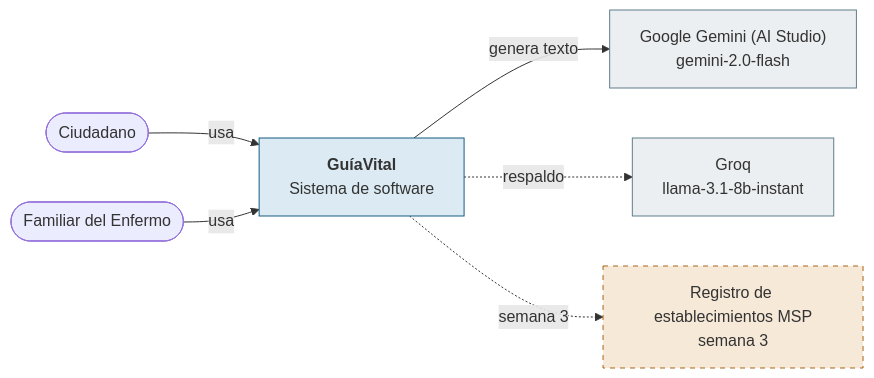
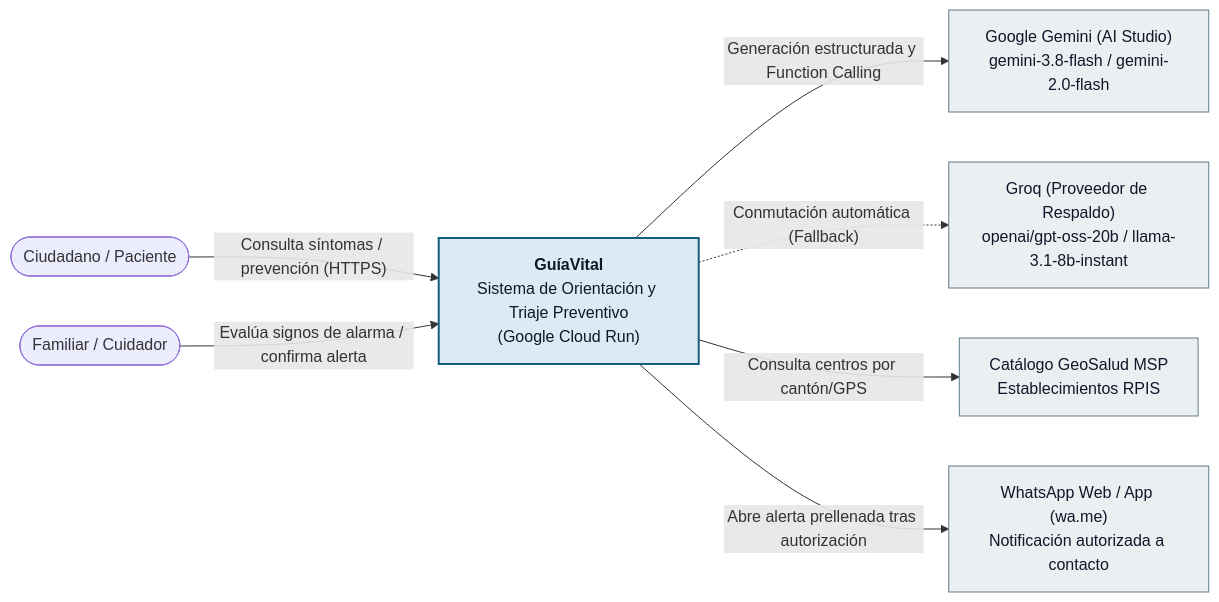
The first of 4 diagrams in docs/03-arquitectura.md (UNIPI6TO/PROY_GRADUACION_ASISTENTE_MEDICO_APP), drawn with Mermaid before and after one commit. The commit also changed other lines of this file and 9 other files, not shown here.

````diff
--- a/docs/03-arquitectura.md
+++ b/docs/03-arquitectura.md
@@ -22,20 +30,22 @@
 ```mermaid
 flowchart LR
-  U0(["Ciudadano"])
-  U1(["Familiar del Enfermo"])
-  SYS["<b>GuíaVital</b><br/>Sistema de software"]
-  P1["Google Gemini (AI Studio)<br/>gemini-2.0-flash"]
-  P2["Groq<br/>llama-3.1-8b-instant"]
-  E0["Registro de establecimientos MSP<br/>semana 3"]
-  U0 -- usa --> SYS
-  U1 -- usa --> SYS
-  SYS -- "genera texto" --> P1
-  SYS -. "respaldo" .-> P2
-  SYS -. "semana 3" .-> E0
-  classDef ext fill:#eceff1,stroke:#607d8b
-  classDef sys fill:#dcebf3,stroke:#145c80
-  classDef fut fill:#f6e9d8,stroke:#a8641a,stroke-dasharray:5 5
+  U0(["Ciudadano / Paciente"])
+  U1(["Familiar / Cuidador"])
+  SYS["<b>GuíaVital</b><br/>Sistema de Orientación y Triaje Preventivo<br/>(Google Cloud Run)"]
+  P1["Google Gemini (AI Studio)<br/>gemini-3.8-flash / gemini-2.0-flash"]
+  P2["Groq (Proveedor de Respaldo)<br/>openai/gpt-oss-20b / llama-3.1-8b-instant"]
+  E0["Catálogo GeoSalud MSP<br/>Establecimientos RPIS"]
+  WA["WhatsApp Web / App (wa.me)<br/>Notificación autorizada a contacto"]
+
+  U0 -- "Consulta síntomas / prevención (HTTPS)" --> SYS
+  U1 -- "Evalúa signos de alarma / confirma alerta" --> SYS
+  SYS -- "Generación estructurada y Function Calling" --> P1
+  SYS -. "Conmutación automática (Fallback)" .-> P2
+  SYS -- "Consulta centros por cantón/GPS" --> E0
+  SYS -- "Abre alerta prellenada tras autorización" --> WA
+
+  classDef ext fill:#eceff1,stroke:#607d8b,color:#0f172a
+  classDef sys fill:#dcebf3,stroke:#145c80,color:#0f172a,stroke-width:2px
   class SYS sys
-  class P1,P2 ext
-  class E0 fut
+  class P1,P2,E0,WA ext
 ```
````
